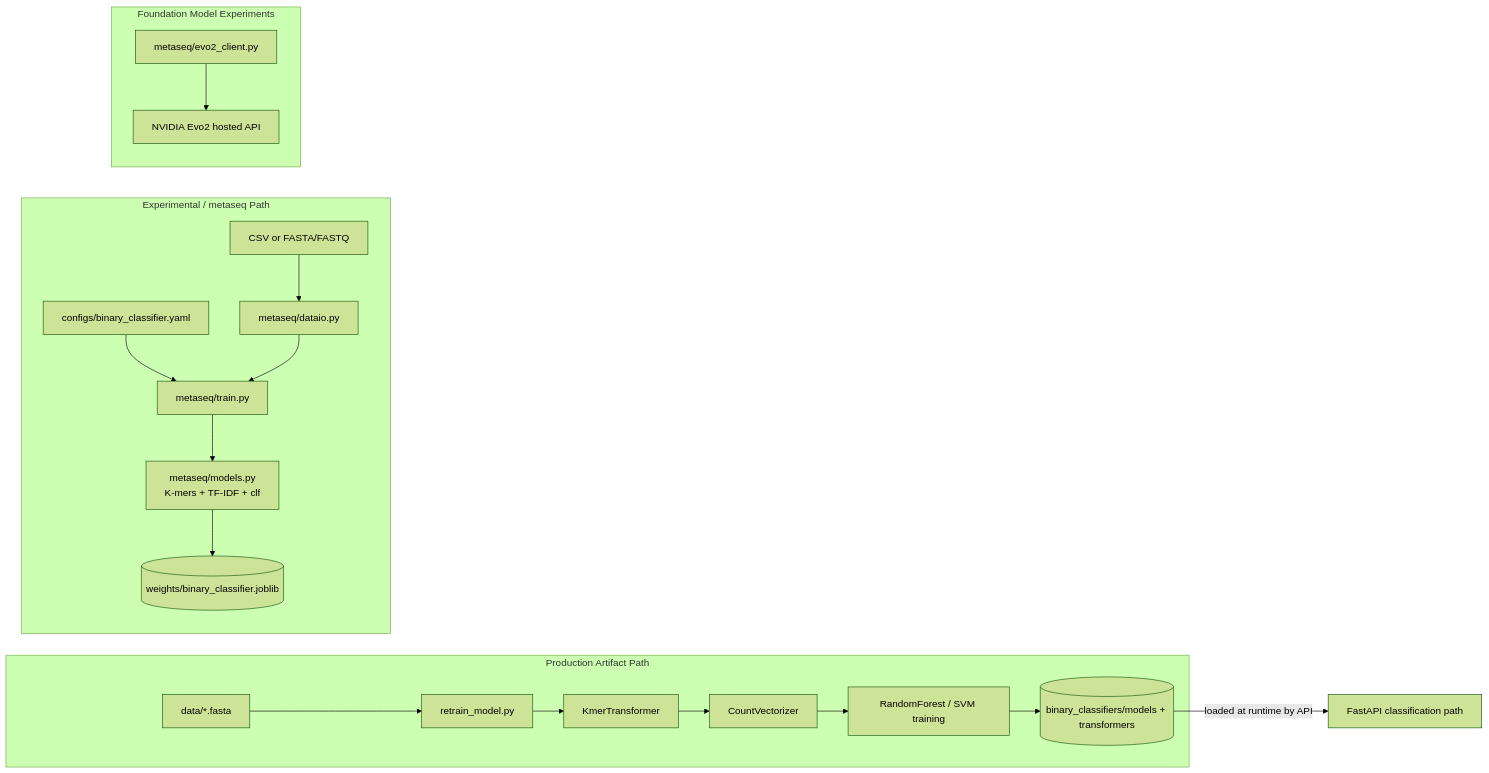
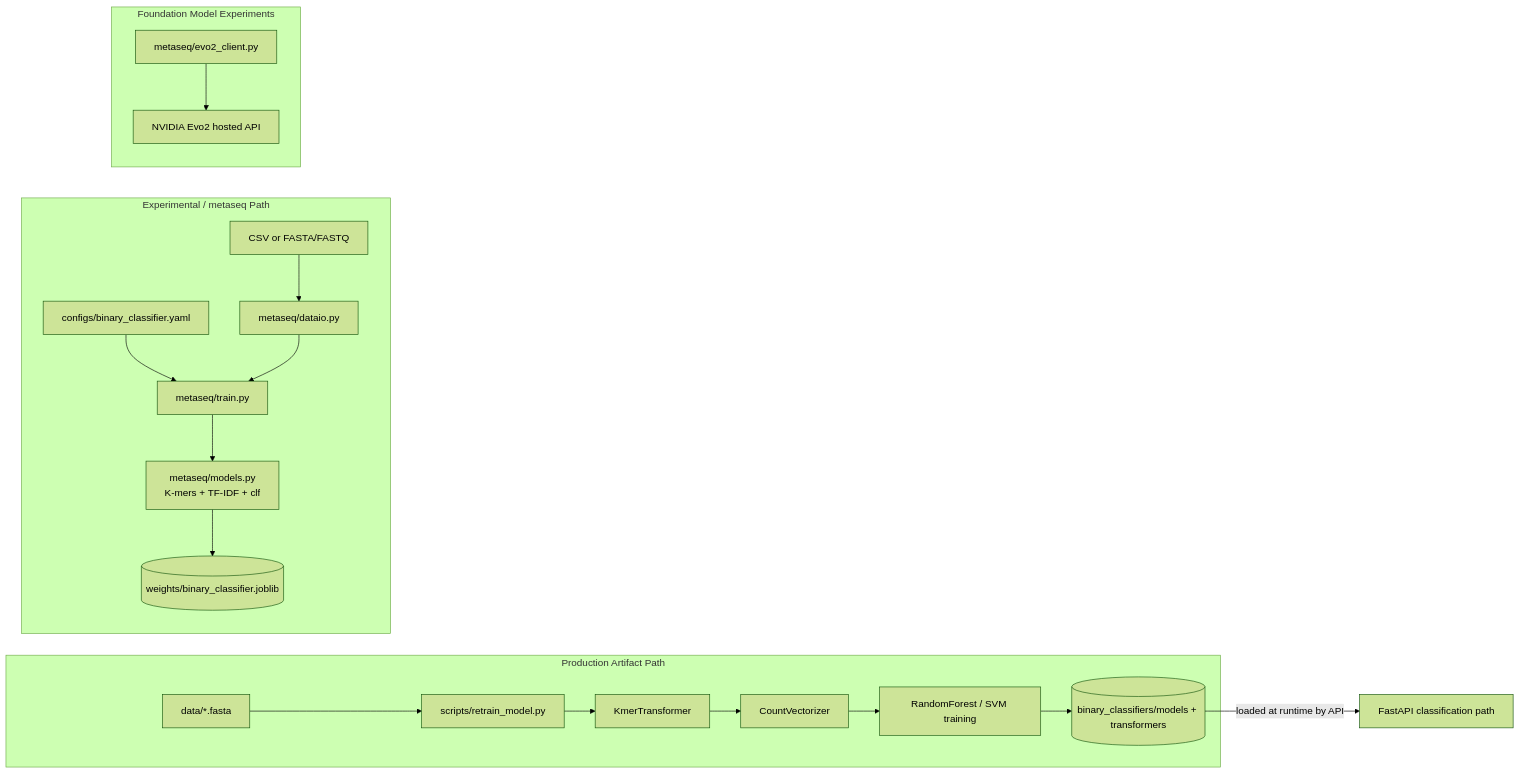
Before and after one commit to oss-slu/baio: the third of 4 diagrams in docs/ARCHITECTURE.md, drawn with Mermaid (forest theme). The commit also changed 5 other files, not shown here.

````diff
--- a/docs/ARCHITECTURE.md
+++ b/docs/ARCHITECTURE.md
@@ -82,35 +82,35 @@
 ```mermaid
 flowchart LR
     subgraph PROD[Production Artifact Path]
         DATA[data/*.fasta]
-        RETRAIN[retrain_model.py]
+        RETRAIN[scripts/retrain_model.py]
         KM1[KmerTransformer]
         CV[CountVectorizer]
         CLS[RandomForest / SVM training]
         ART[(binary_classifiers/models + transformers)]
 
         DATA --> RETRAIN
         RETRAIN --> KM1 --> CV --> CLS --> ART
     end
 
     subgraph EXP[Experimental / metaseq Path]
         CFG[configs/binary_classifier.yaml]
         SEQ[CSV or FASTA/FASTQ]
         DIO[metaseq/dataio.py]
         TRAIN[metaseq/train.py]
         PIPE[metaseq/models.py<br/>K-mers + TF-IDF + clf]
         W[(weights/binary_classifier.joblib)]
 
         CFG --> TRAIN
         SEQ --> DIO --> TRAIN
         TRAIN --> PIPE --> W
     end
 
     subgraph EVO[Foundation Model Experiments]
         EVO2[metaseq/evo2_client.py]
         NV[NVIDIA Evo2 hosted API]
         EVO2 --> NV
     end
 
     ART -->|loaded at runtime by API| PRODAPI[FastAPI classification path]
 ```
````
